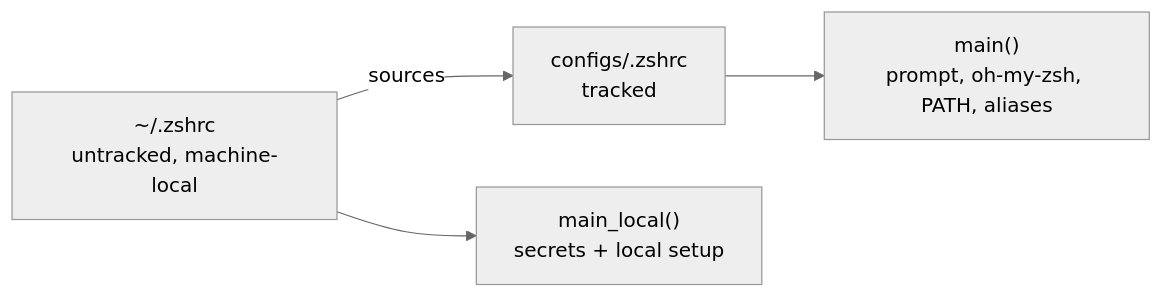
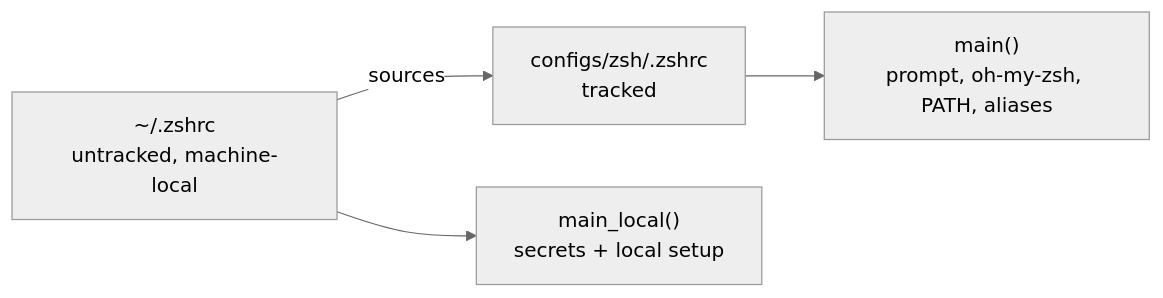
The diagram in README.md (san-siva/dotfiles), drawn with Mermaid (neutral theme) before and after one commit. The commit also changed other lines of this file and 42 other files, not shown here.

````diff
--- a/README.md
+++ b/README.md
@@ -252,6 +252,6 @@
 ```mermaid
 graph LR
-  A["~/.zshrc<br/>untracked, machine-local"] -->|sources| B["configs/.zshrc<br/>tracked"]
+  A["~/.zshrc<br/>untracked, machine-local"] -->|sources| B["configs/zsh/.zshrc<br/>tracked"]
   B --> C["main()<br/>prompt, oh-my-zsh, PATH, aliases"]
   A --> D["main_local()<br/>secrets + local setup"]
 ```
````
